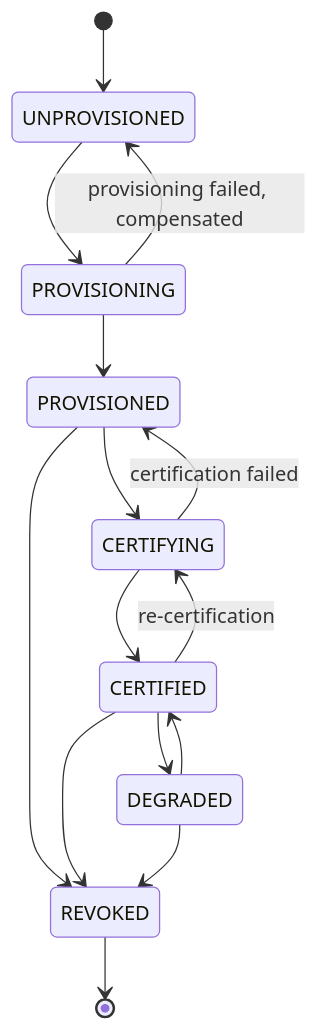
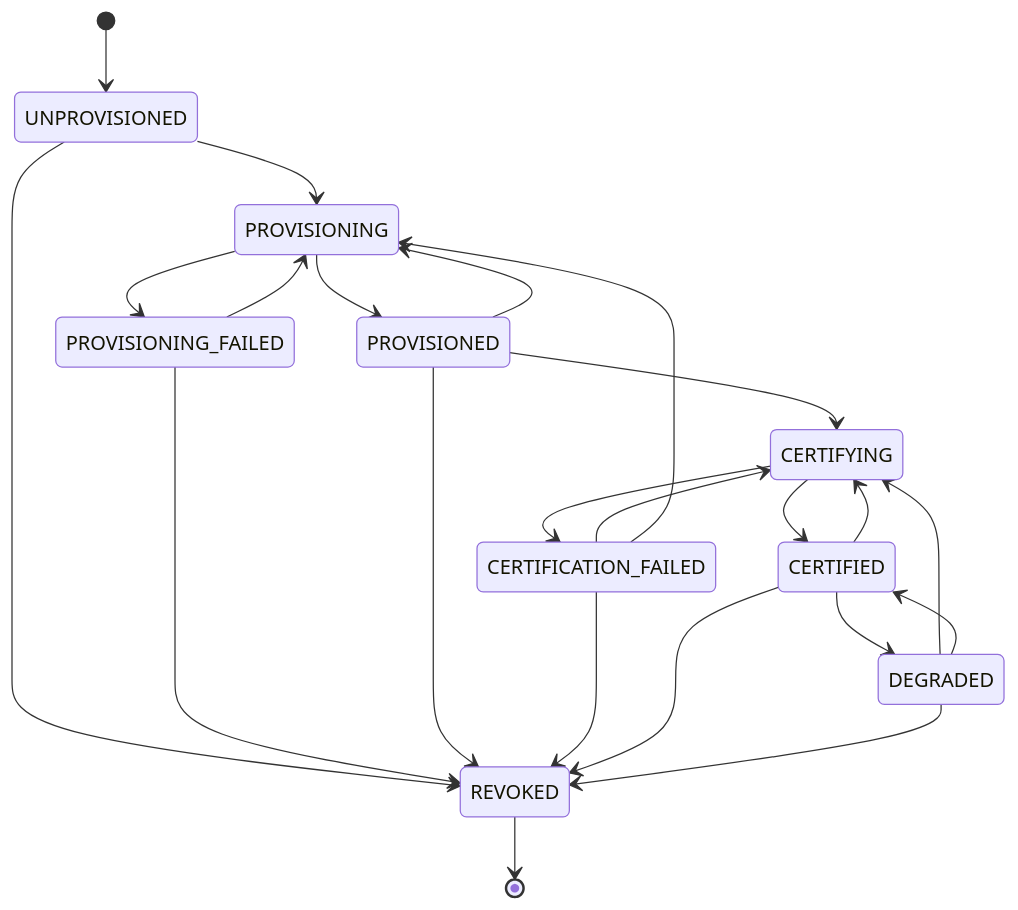
The sixth of 14 diagrams in docs/state-machines.md (udaykishore-resu/payments-platform), drawn with Mermaid before and after one commit. The commit also changed other lines of this file and 67 other files, not shown here.

````diff
--- a/docs/state-machines.md
+++ b/docs/state-machines.md
@@ -408,17 +523,25 @@
 ```mermaid
 stateDiagram-v2
     [*] --> UNPROVISIONED
     UNPROVISIONED --> PROVISIONING
+    UNPROVISIONED --> REVOKED
     PROVISIONING --> PROVISIONED
-    PROVISIONING --> UNPROVISIONED : provisioning failed, compensated
+    PROVISIONING --> PROVISIONING_FAILED
+    PROVISIONING_FAILED --> PROVISIONING
+    PROVISIONING_FAILED --> REVOKED
     PROVISIONED --> CERTIFYING
+    PROVISIONED --> PROVISIONING
     PROVISIONED --> REVOKED
     CERTIFYING --> CERTIFIED
-    CERTIFYING --> PROVISIONED : certification failed
+    CERTIFYING --> CERTIFICATION_FAILED
+    CERTIFICATION_FAILED --> CERTIFYING
+    CERTIFICATION_FAILED --> PROVISIONING
+    CERTIFICATION_FAILED --> REVOKED
+    CERTIFIED --> CERTIFYING
     CERTIFIED --> DEGRADED
-    CERTIFIED --> CERTIFYING : re-certification
     CERTIFIED --> REVOKED
+    DEGRADED --> CERTIFYING
     DEGRADED --> CERTIFIED
     DEGRADED --> REVOKED
     REVOKED --> [*]
 ```
````
